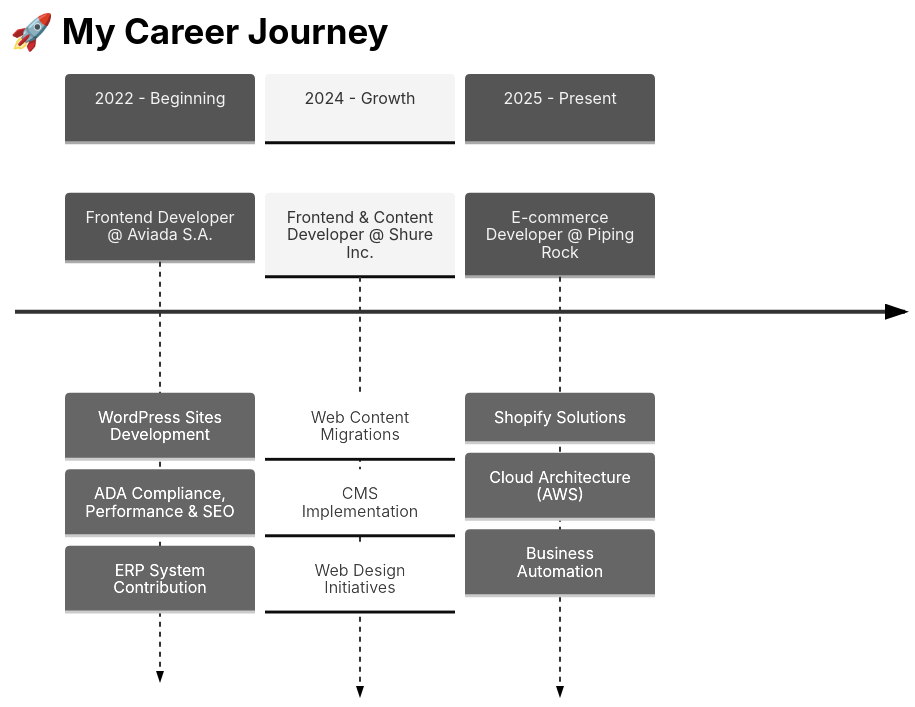
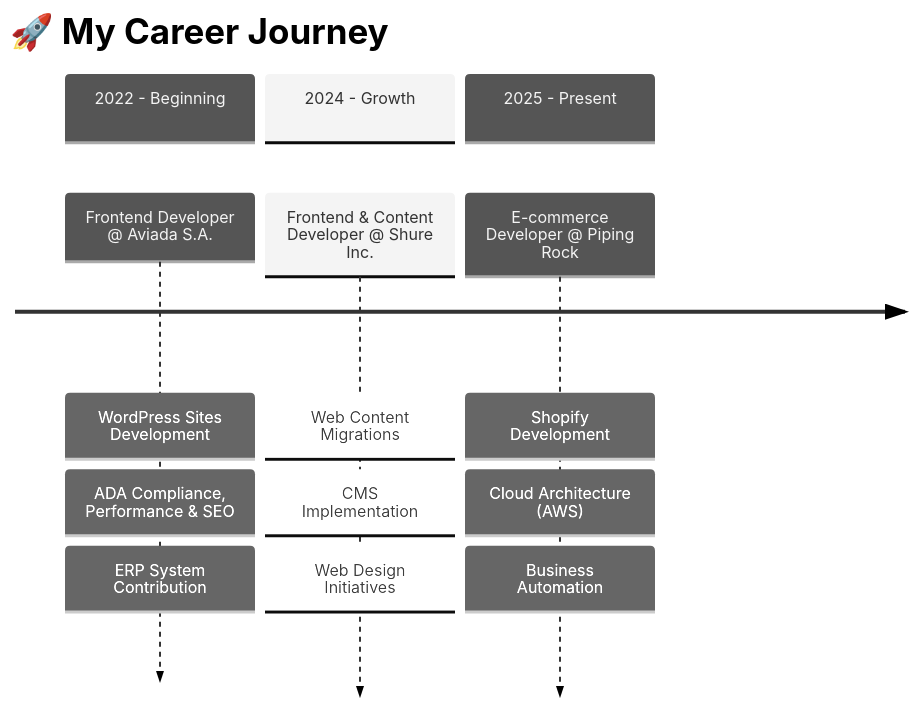
One commit to PolIsaak/PolIsaak changed the diagram in README.md. Above: the diagram before and after it, drawn with Mermaid.

Commit message:
Update job title from 'Shopify Solutions' to 'Shopify Development'

````diff
--- a/README.md
+++ b/README.md
@@ -112,11 +112,11 @@
 ```mermaid
 %%{init: {'theme':'neutral', 'themeVariables': { 'primaryColor':'#3b82f6','primaryTextColor':'#fff','primaryBorderColor':'#1e40af','lineColor':'#60a5fa','secondaryColor':'#1e293b','tertiaryColor':'#0f172a','fontSize':'16px'}}}%%
 timeline
     title 🚀 My Career Journey
     section 2022 - Beginning
         Frontend Developer @ Aviada S.A. : WordPress Sites Development : ADA Compliance, Performance & SEO : ERP System Contribution
     section 2024 - Growth
         Frontend & Content Developer @ Shure Inc. : Web Content Migrations : CMS Implementation : Web Design Initiatives
     section 2025 - Present
-        E-commerce Developer @ Piping Rock : Shopify Solutions : Cloud Architecture (AWS) : Business Automation
+        E-commerce Developer @ Piping Rock : Shopify Development : Cloud Architecture (AWS) : Business Automation
 ```
````
